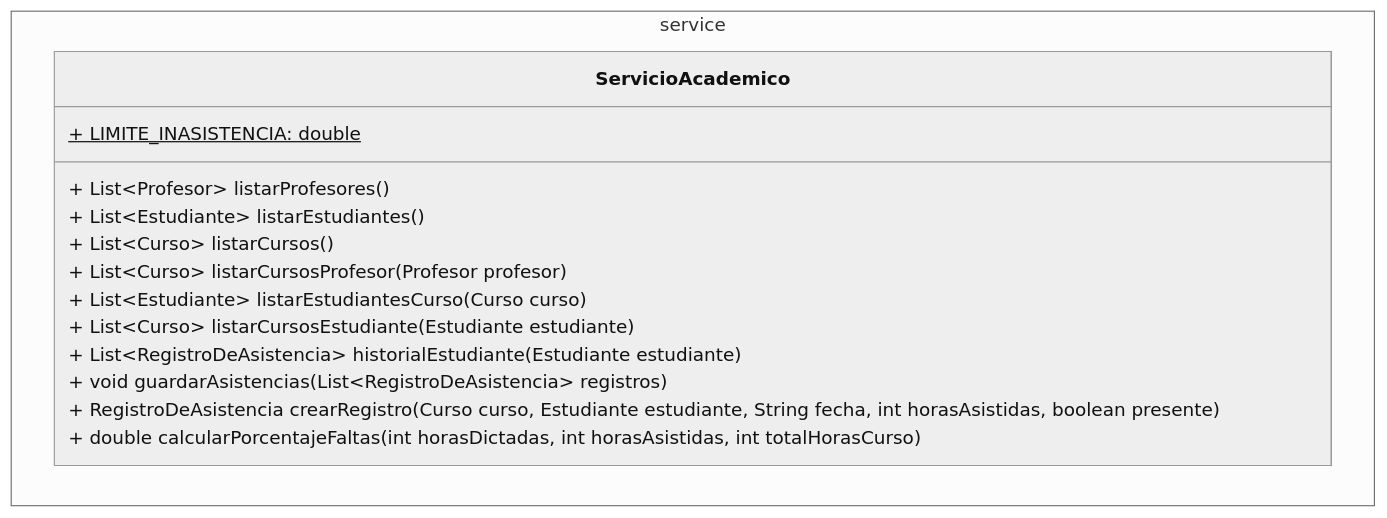
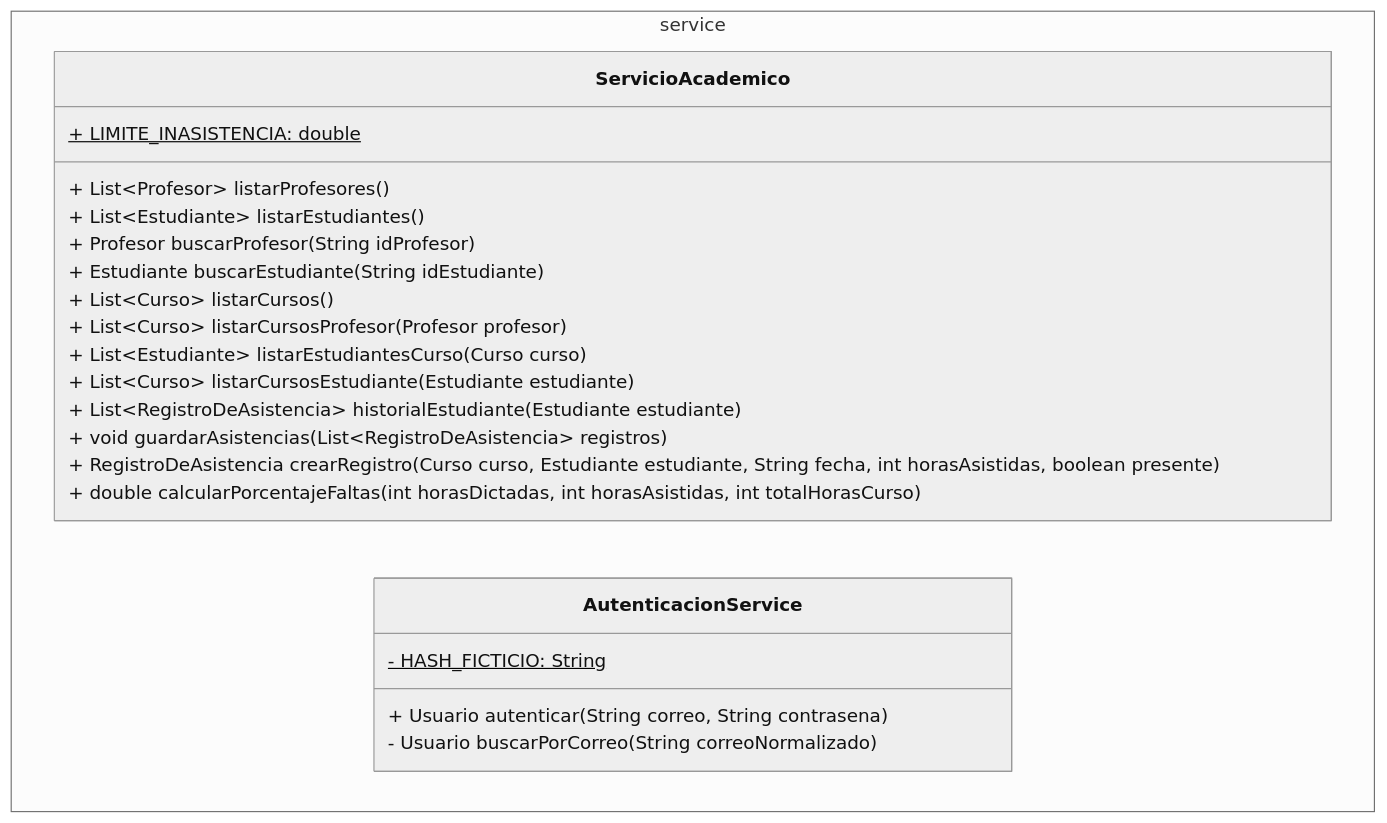
Before and after one commit to Aireck2/take-attendance-java: the diagram in docs/service/Service.mmd, drawn with Mermaid (neutral theme). The commit also changed 13 other files, not shown here.

First line of the commit message:
docs(auth): document roles, login flow and demo credentials

```diff
--- a/docs/service/Service.mmd
+++ b/docs/service/Service.mmd
@@ -1,16 +1,23 @@
 classDiagram
     namespace service {
         class ServicioAcademico {
             + LIMITE_INASISTENCIA: double$
             + List~Profesor~ listarProfesores()
             + List~Estudiante~ listarEstudiantes()
+            + Profesor buscarProfesor(String idProfesor)
+            + Estudiante buscarEstudiante(String idEstudiante)
             + List~Curso~ listarCursos()
             + List~Curso~ listarCursosProfesor(Profesor profesor)
             + List~Estudiante~ listarEstudiantesCurso(Curso curso)
             + List~Curso~ listarCursosEstudiante(Estudiante estudiante)
             + List~RegistroDeAsistencia~ historialEstudiante(Estudiante estudiante)
             + void guardarAsistencias(List~RegistroDeAsistencia~ registros)
             + RegistroDeAsistencia crearRegistro(Curso curso, Estudiante estudiante, String fecha, int horasAsistidas, boolean presente)
             + double calcularPorcentajeFaltas(int horasDictadas, int horasAsistidas, int totalHorasCurso)
         }
+        class AutenticacionService {
+            - HASH_FICTICIO: String$
+            + Usuario autenticar(String correo, String contrasena)
+            - Usuario buscarPorCorreo(String correoNormalizado)
+        }
     }
```
